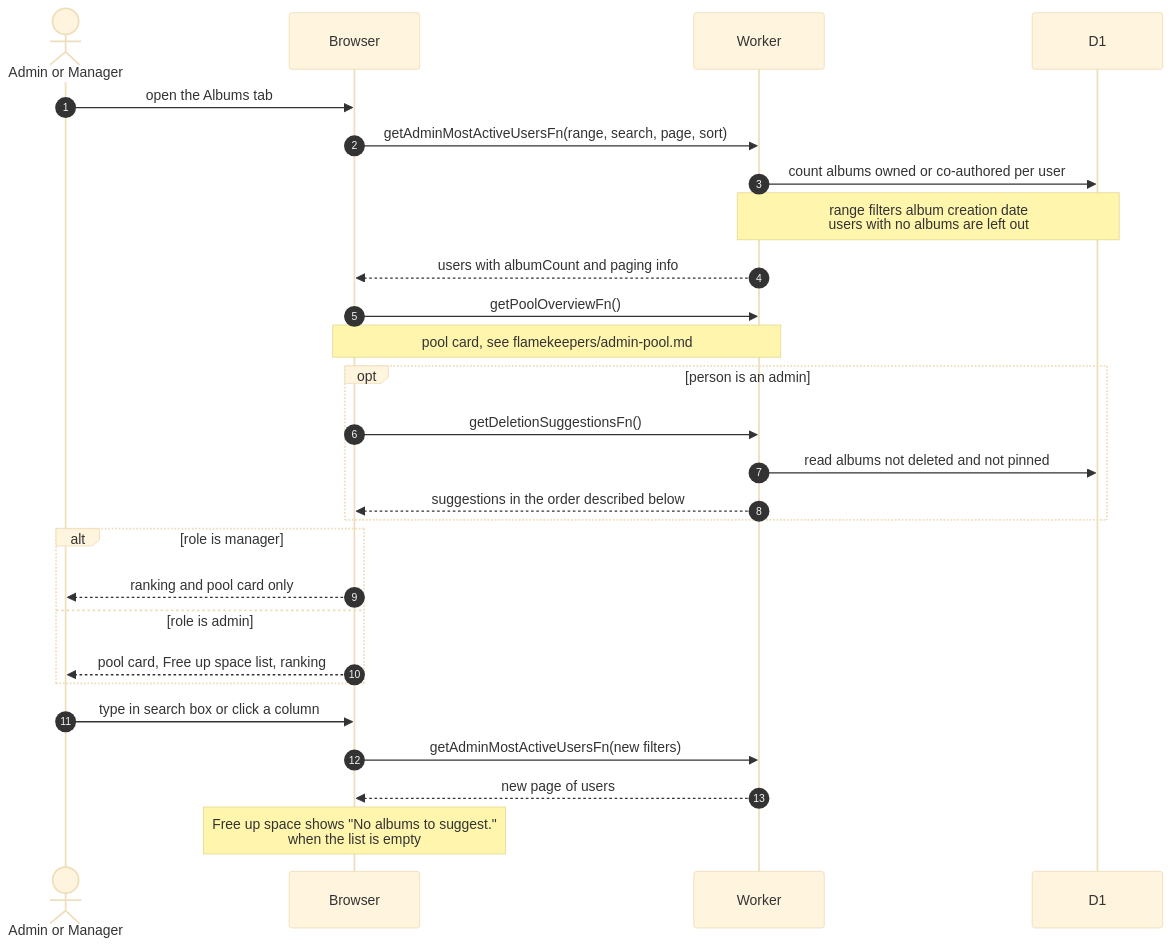
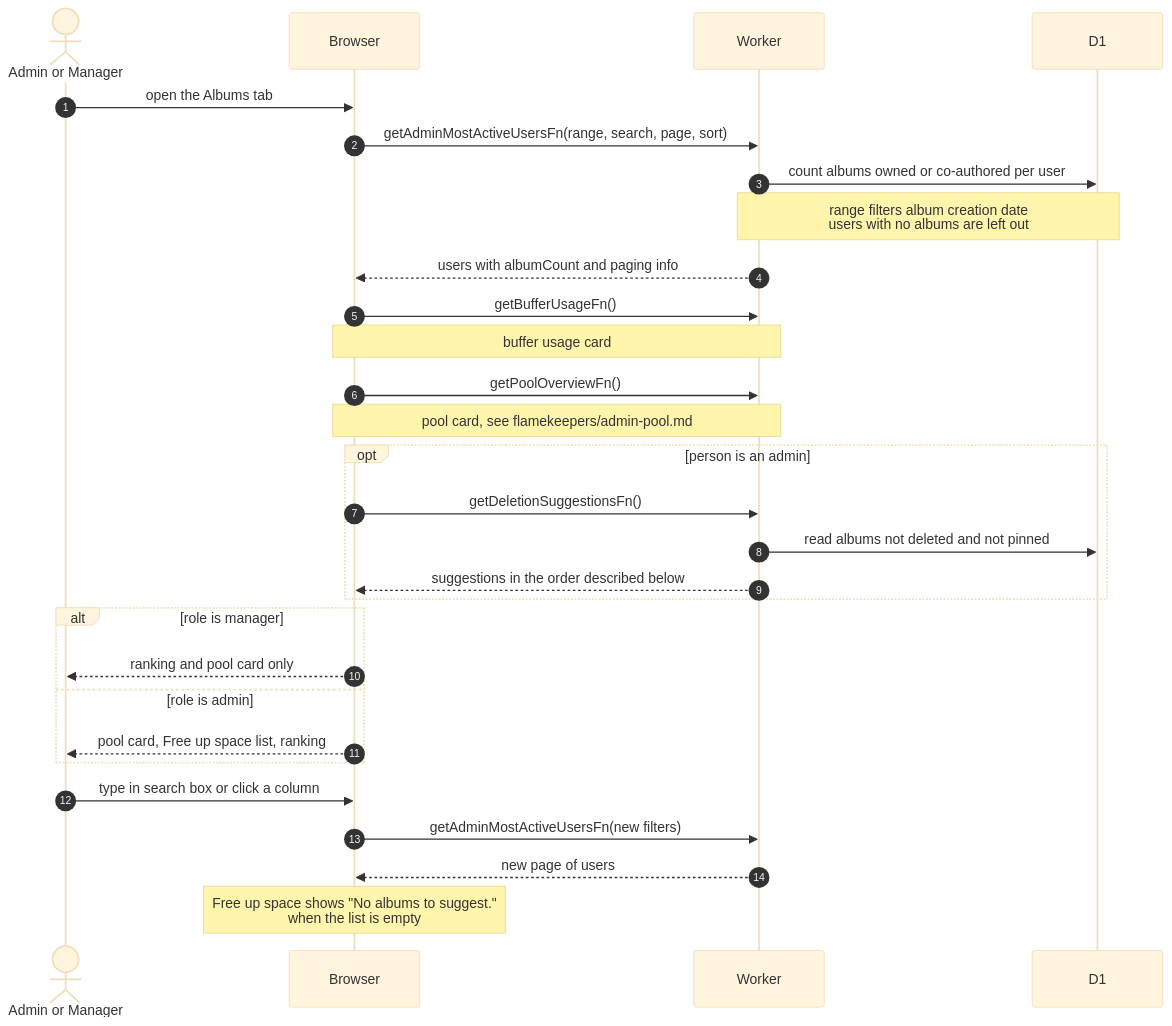
One commit to sagyzdop/meriksirat changed the diagram in docs/scenarios/admin/dashboard-albums-tab.md. Above: the diagram before and after it, drawn with Mermaid (base theme). The commit also changed other lines of this file and 24 other files, not shown here.

Commit message:
feat(buffer): usage warnings, banner, dashboard card and full-buffer stop

````diff
--- a/docs/scenarios/admin/dashboard-albums-tab.md
+++ b/docs/scenarios/admin/dashboard-albums-tab.md
@@ -14,30 +15,32 @@
 ```mermaid
 sequenceDiagram
     autonumber
     actor Person as Admin or Manager
     participant Browser
     participant Worker
     participant D1
 
     Person->>Browser: open the Albums tab
     Browser->>Worker: getAdminMostActiveUsersFn(range, search, page, sort)
     Worker->>D1: count albums owned or co-authored per user
     Note over Worker,D1: range filters album creation date<br/>users with no albums are left out
     Worker-->>Browser: users with albumCount and paging info
+    Browser->>Worker: getBufferUsageFn()
+    Note over Browser,Worker: buffer usage card
     Browser->>Worker: getPoolOverviewFn()
     Note over Browser,Worker: pool card, see flamekeepers/admin-pool.md
     opt person is an admin
         Browser->>Worker: getDeletionSuggestionsFn()
         Worker->>D1: read albums not deleted and not pinned
         Worker-->>Browser: suggestions in the order described below
     end
     alt role is manager
         Browser-->>Person: ranking and pool card only
     else role is admin
         Browser-->>Person: pool card, Free up space list, ranking
     end
     Person->>Browser: type in search box or click a column
     Browser->>Worker: getAdminMostActiveUsersFn(new filters)
     Worker-->>Browser: new page of users
     Note over Browser: Free up space shows "No albums to suggest."<br/>when the list is empty
 ```
````
